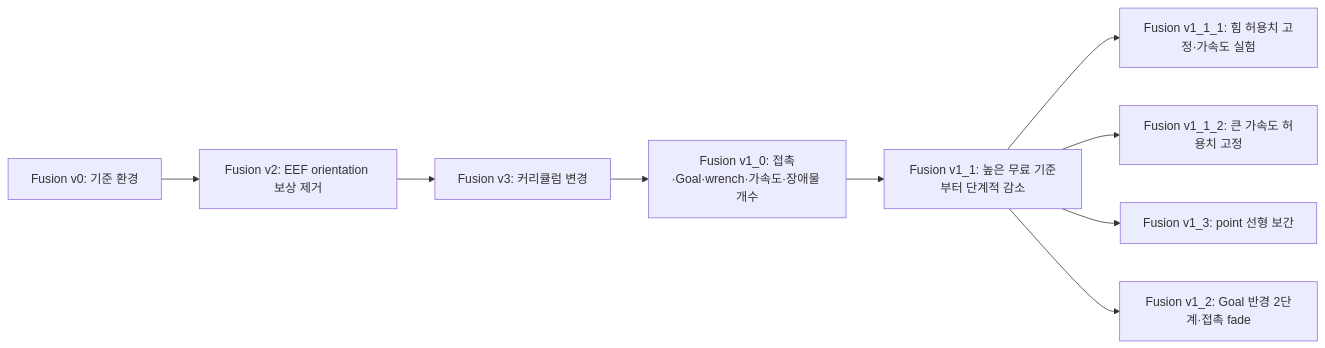
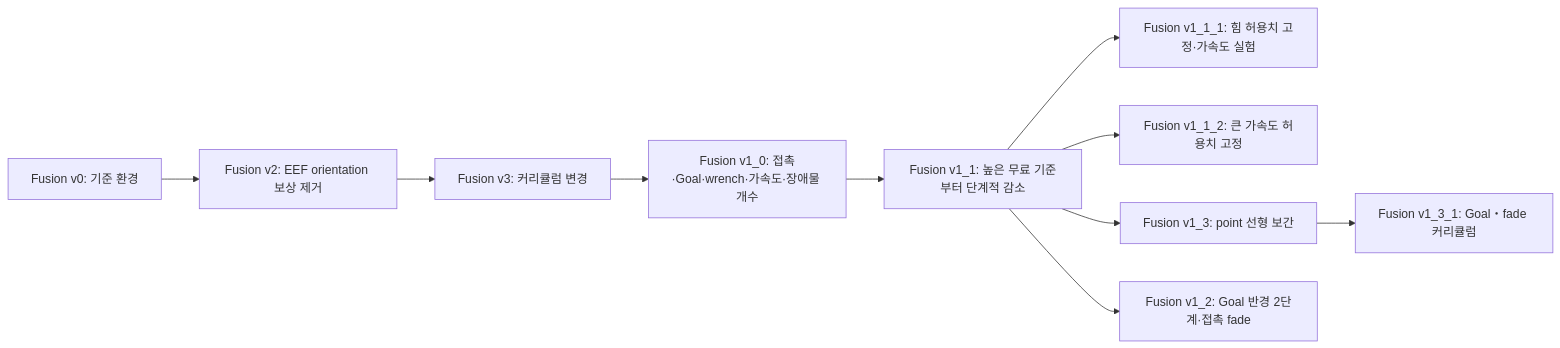
Before and after one commit to 7cmdehdrb/Contact-Rich-Manipulation-Context: the diagram in 02_implementation/environments/CONTACT_SWEEP_CLUTTER_FUSION_VERSIONS.md, drawn with Mermaid. The commit also changed other lines of this file and 7 other files, not shown here.

Commit message:
feat: Add Fusion v1_3_1 environment with linear curriculum for Goal radius and contact fade width

````diff
--- a/02_implementation/environments/CONTACT_SWEEP_CLUTTER_FUSION_VERSIONS.md
+++ b/02_implementation/environments/CONTACT_SWEEP_CLUTTER_FUSION_VERSIONS.md
@@ -9,11 +9,12 @@
 ```mermaid
 flowchart LR
     V0["Fusion v0: 기준 환경"] --> V2["Fusion v2: EEF orientation 보상 제거"]
     V2 --> V3["Fusion v3: 커리큘럼 변경"]
     V3 --> V10["Fusion v1_0: 접촉·Goal·wrench·가속도·장애물 개수"]
     V10 --> V11["Fusion v1_1: 높은 무료 기준부터 단계적 감소"]
     V11 --> V111["Fusion v1_1_1: 힘 허용치 고정·가속도 실험"]
     V11 --> V112["Fusion v1_1_2: 큰 가속도 허용치 고정"]
     V11 --> V13["Fusion v1_3: point 선형 보간"]
+    V13 --> V131["Fusion v1_3_1: Goal・fade 커리큘럼"]
     V11 --> V12["Fusion v1_2: Goal 반경 2단계·접촉 fade"]
 ```
````
